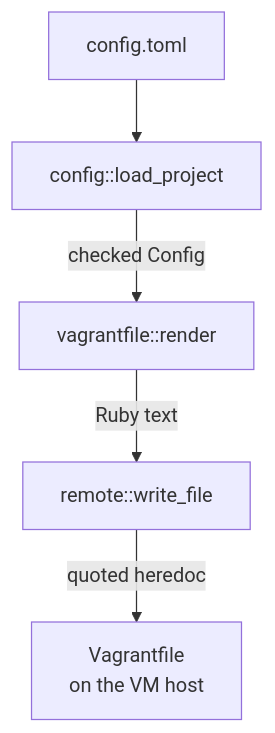
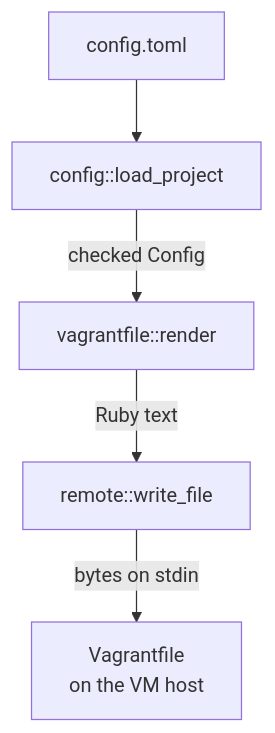
One commit to breki/bombyx changed the sixth of 6 diagrams in docs/architecture.md. Above: the diagram before and after it, drawn with Mermaid. The commit also changed other lines of this file and 15 other files, not shown here.

````diff
--- a/docs/architecture.md
+++ b/docs/architecture.md
@@ -990,13 +1002,13 @@
 ```mermaid
 flowchart TD
   toml["config.toml"]
   val["config::load_project"]
   render["vagrantfile::render"]
   write["remote::write_file"]
   out["Vagrantfile<br/>on the VM host"]
 
   toml --> val
   val -- "checked Config" --> render
   render -- "Ruby text" --> write
-  write -- "quoted heredoc" --> out
+  write -- "bytes on stdin" --> out
 ```
````
